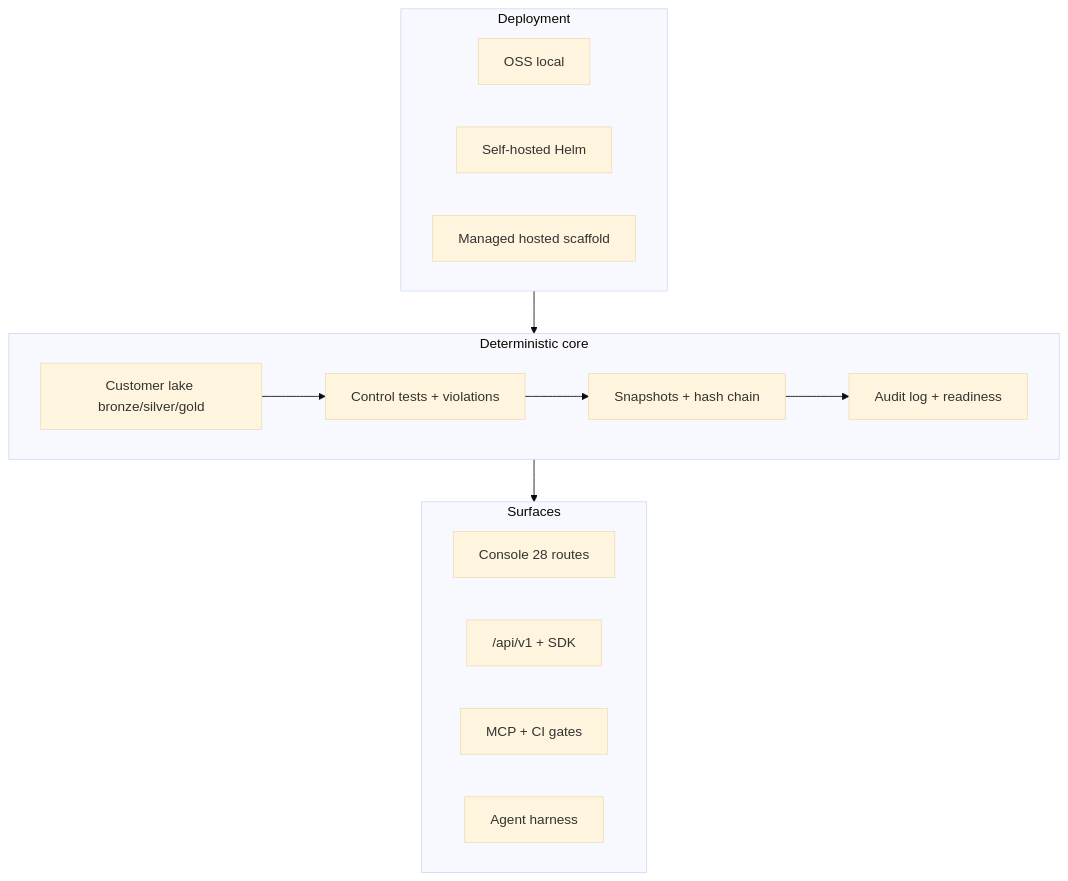
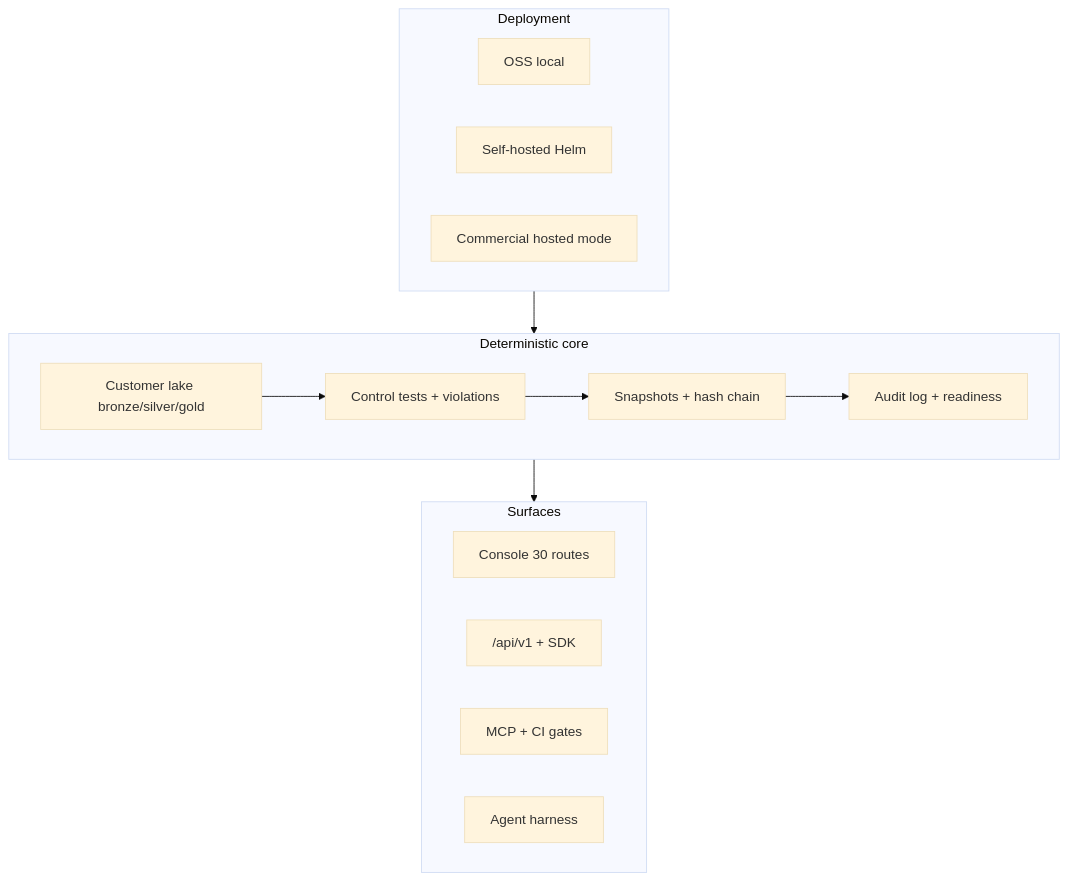
Before and after one commit to msaad00/grc-lake: the diagram in docs/PRODUCT_SHAPE.md, drawn with Mermaid (base theme). The commit also changed other lines of this file and 8 other files, not shown here.

First line of the commit message:
docs: two-mode positioning, self-host guide, and consistent counts

````diff
--- a/docs/PRODUCT_SHAPE.md
+++ b/docs/PRODUCT_SHAPE.md
@@ -30,26 +34,26 @@
 ```mermaid
 flowchart TB
   subgraph core [Deterministic core]
     LAKE[Customer lake bronze/silver/gold]
     TESTS[Control tests + violations]
     SNAP[Snapshots + hash chain]
     AUDIT[Audit log + readiness]
   end
 
   subgraph surfaces [Surfaces]
-    CON[Console 28 routes]
+    CON[Console 30 routes]
     API["/api/v1 + SDK"]
     MCP[MCP + CI gates]
     AGT[Agent harness]
   end
 
   subgraph deploy [Deployment]
     OSS[OSS local]
     SH[Self-hosted Helm]
-    HOST[Managed hosted scaffold]
+    HOST[Commercial hosted mode]
   end
 
   LAKE --> TESTS --> SNAP --> AUDIT
   core --> surfaces
   deploy --> core
 ```
````
